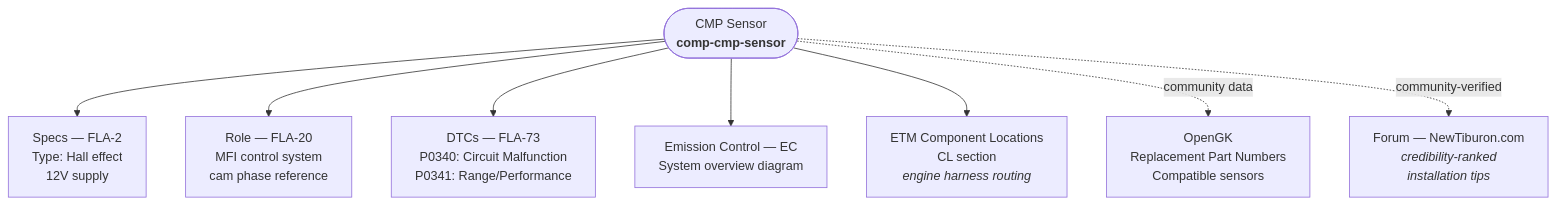
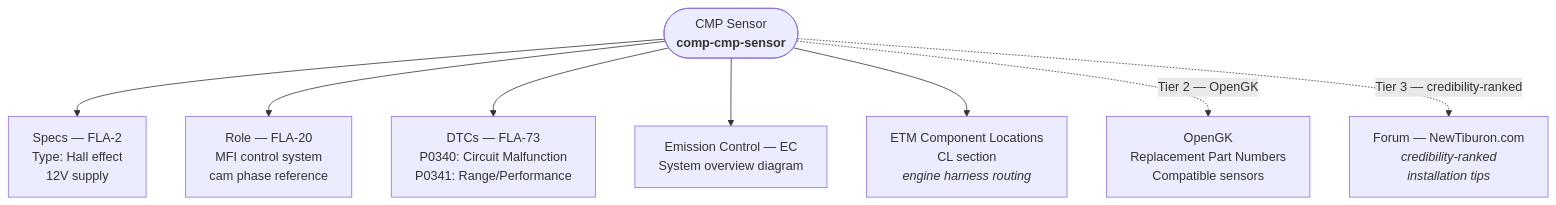
The third of 3 diagrams in Knowledgebase/common/diagrams/cam-sensor.md (JF245-tb/tiburon-gk-knowledgebase), drawn with Mermaid before and after one commit. The commit also changed other lines of this file and 9 other files, not shown here.

````diff
--- a/Knowledgebase/common/diagrams/cam-sensor.md
+++ b/Knowledgebase/common/diagrams/cam-sensor.md
@@ -59,27 +59,27 @@
 ```mermaid
 flowchart TD
     CMP_NODE(["CMP Sensor<br/><b>comp-cmp-sensor</b>"])
 
     SPEC["Specs — FLA-2<br/>Type: Hall effect<br/>12V supply"]
     MFI["Role — FLA-20<br/>MFI control system<br/>cam phase reference"]
     DTC["DTCs — FLA-73<br/>P0340: Circuit Malfunction<br/>P0341: Range/Performance"]
     EC_SYS["Emission Control — EC<br/>System overview diagram"]
     ETM_LOC["ETM Component Locations<br/>CL section<br/><i>engine harness routing</i>"]
     OPENGK["OpenGK<br/>Replacement Part Numbers<br/>Compatible sensors"]
     FORUM["Forum — NewTiburon.com<br/><i>credibility-ranked<br/>installation tips</i>"]
 
     CMP_NODE --> SPEC
     CMP_NODE --> MFI
     CMP_NODE --> DTC
     CMP_NODE --> EC_SYS
     CMP_NODE --> ETM_LOC
-    CMP_NODE -.->|"community data"| OPENGK
-    CMP_NODE -.->|"community-verified"| FORUM
+    CMP_NODE -.->|"Tier 2 — OpenGK"| OPENGK
+    CMP_NODE -.->|"Tier 3 — credibility-ranked"| FORUM
 
-    click SPEC "../../common/shop-manual/fuel-system.md" "FLA-2 sensor specifications"
-    click MFI "../../common/shop-manual/fuel-system.md" "FLA-20 MFI control system"
-    click DTC "../../common/shop-manual/fuel-system.md" "FLA-73 DTC P0340"
-    click EC_SYS "../../common/shop-manual/emission-control-system.md" "EC chapter"
+    click SPEC "../../common/shop-manual/fuel-system/specifications.md" "FLA-2 sensor specifications"
+    click MFI "../../common/shop-manual/fuel-system/mfi-control-system-part1.md" "FLA-20 MFI control system"
+    click DTC "../../common/shop-manual/fuel-system/dtc-troubleshooting.md" "FLA-73 DTC P0340"
+    click EC_SYS "../../common/shop-manual/emission-control-system/_index.md" "EC chapter"
     click ETM_LOC "../../common/electrical-manual/component-locations.md" "ETM CL section"
     click OPENGK "../../common/opengk/sensor-information.md" "OpenGK sensor info"
 ```
````
